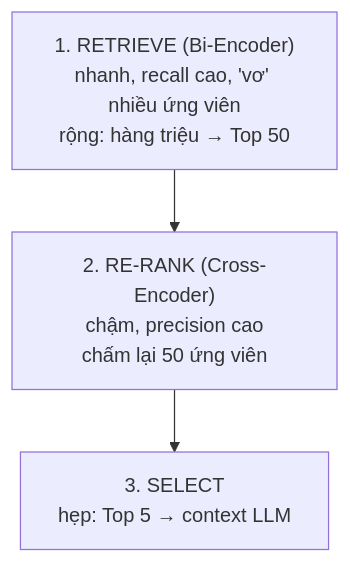
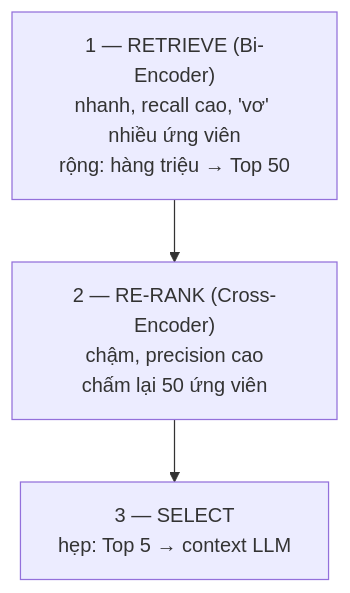
The diagram in 04-AI/02-RAG-Optimization/04-Post-Retrieval-Processing.md (phanminhtai1029/obsidian-knowledge-base), drawn with Mermaid before and after one commit. The commit also changed 5 other files, not shown here.

First line of the commit message:
Fix sơ đồ Mermaid: bỏ nhãn dạng "số." gây lỗi "Unsupported markdown: list" trên Obsidian

````diff
--- a/04-AI/02-RAG-Optimization/04-Post-Retrieval-Processing.md
+++ b/04-AI/02-RAG-Optimization/04-Post-Retrieval-Processing.md
@@ -59,7 +59,7 @@
 ```mermaid
 flowchart TD
-    A["1. RETRIEVE (Bi-Encoder)<br/>nhanh, recall cao, 'vơ' nhiều ứng viên<br/>rộng: hàng triệu → Top 50"]
-    B["2. RE-RANK (Cross-Encoder)<br/>chậm, precision cao<br/>chấm lại 50 ứng viên"]
-    C["3. SELECT<br/>hẹp: Top 5 → context LLM"]
+    A["1 — RETRIEVE (Bi-Encoder)<br/>nhanh, recall cao, 'vơ' nhiều ứng viên<br/>rộng: hàng triệu → Top 50"]
+    B["2 — RE-RANK (Cross-Encoder)<br/>chậm, precision cao<br/>chấm lại 50 ứng viên"]
+    C["3 — SELECT<br/>hẹp: Top 5 → context LLM"]
     A --> B --> C
 ```
````
